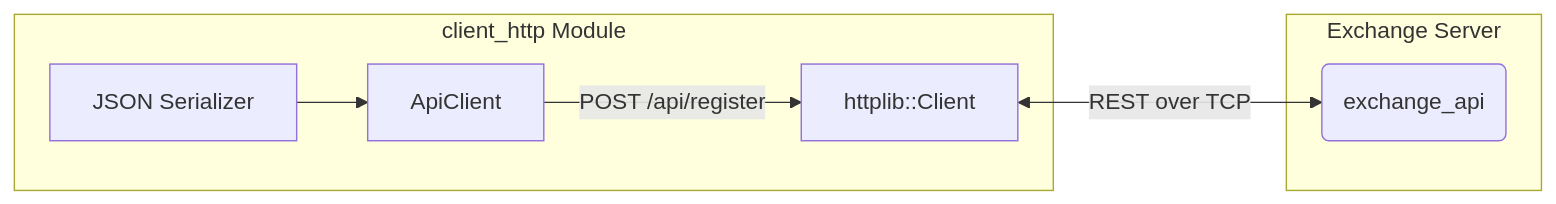
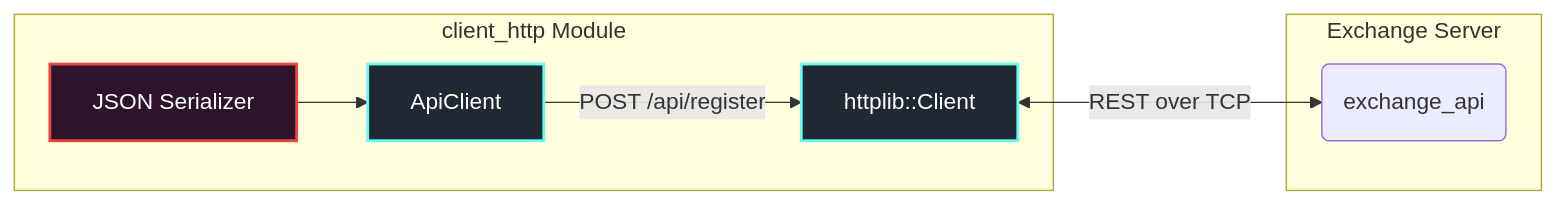
Before and after one commit to SujalChoudhari/BetaTrader: the first of 2 diagrams in client/client_http/README.md, drawn with Mermaid. The commit also changed 9 other files, not shown here.

````diff
--- a/client/client_http/README.md
+++ b/client/client_http/README.md
@@ -18,13 +18,16 @@
 ```mermaid
 graph LR
+    classDef net fill:#1f2833,stroke:#66fcf1,stroke-width:2px,color:white;
+    classDef data fill:#2d142c,stroke:#ee4540,stroke-width:2px,color:white;
+
     subgraph "client_http Module"
-        API[ApiClient] --> |POST /api/register| HTTP[httplib::Client]
-        JSON[JSON Serializer] --> API
+        API[ApiClient]:::net --> |POST /api/register| HTTP[httplib::Client]:::net
+        JSON[JSON Serializer]:::data --> API
     end
 
     subgraph "Exchange Server"
         GATEWAY(exchange_api) 
     end
 
     HTTP <-->|REST over TCP| GATEWAY
 ```
````
